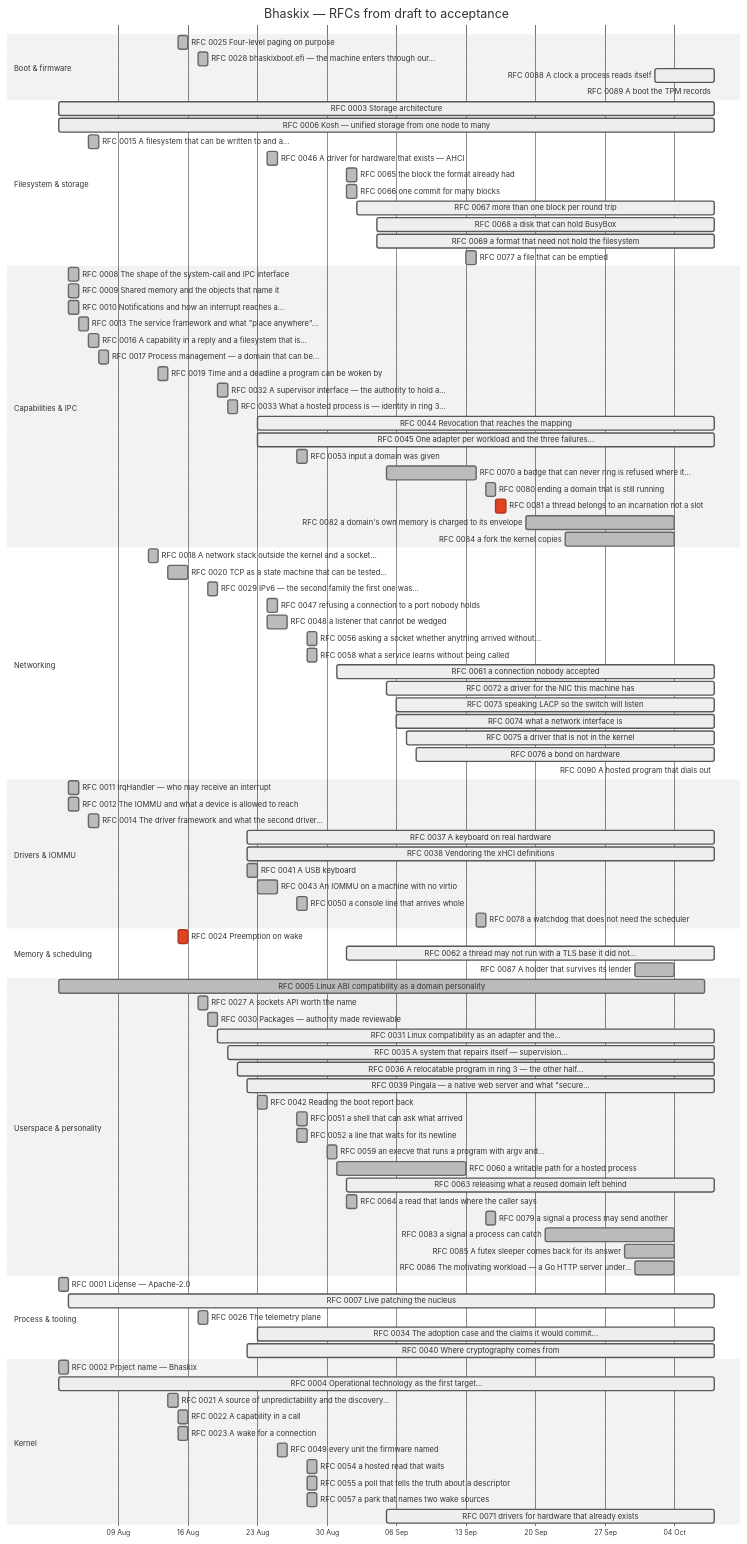
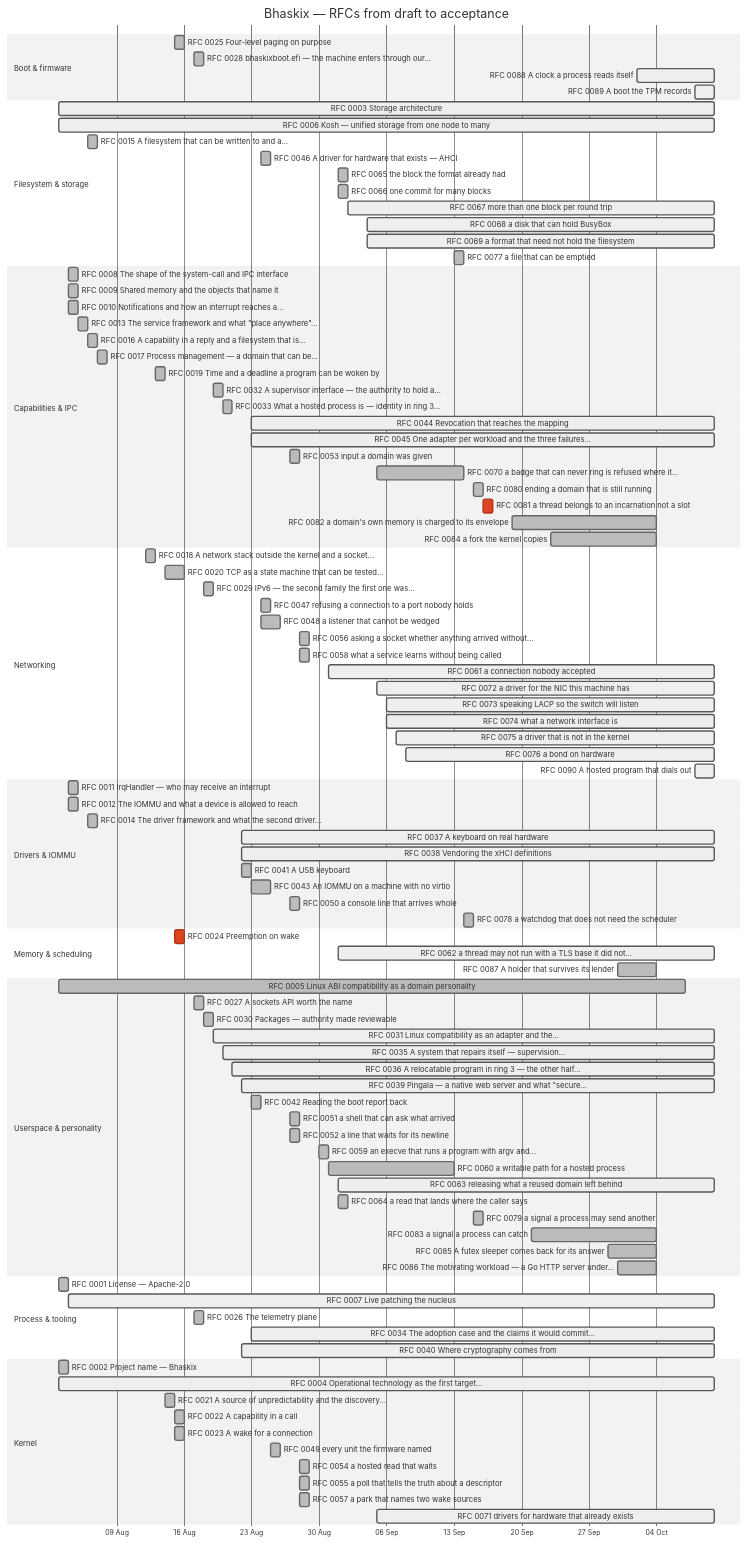
Before and after one commit to bhaskix/bhaskix: the diagram in docs/progress.md, drawn with Mermaid (neutral theme). The commit also changed other lines of this file and 2 other files, not shown here.

Commit message:
docs: the SR550 reaches a shell through bhaskixboot
The fifth native boot of the SR550, after a full suite on a quiet host:
sixteen CPUs, WP, SMEP and SMAP live on all of them, copy-on-write
correct, the serial line routed, the i8042 keyboard found, and the
kernel shell -- the one this machine reaches under Limine too. The I/O
APIC row says honestly that this boot found the line live, so the
fix's masked branch was not exercised on hardware; it rests on the
fourth boot's "1 delivered" and the host test. linux proc failed for
the third time of three. The release notes move the no-shell row to
the closed table. The node was restored, health OK.

````diff
--- a/docs/progress.md
+++ b/docs/progress.md
@@ -30,18 +30,18 @@
     section Boot & firmware
     RFC 0025 Four-level paging on purpose :done, r0025, 2026-08-15, 2026-08-16
     RFC 0028 bhaskixboot.efi — the machine enters through our... :done, r0028, 2026-08-17, 2026-08-18
-    RFC 0088 A clock a process reads itself :active, r0088, 2026-10-02, 2026-10-08
-    RFC 0089 A boot the TPM records :active, r0089, 2026-10-08, 2026-10-08
+    RFC 0088 A clock a process reads itself :active, r0088, 2026-10-02, 2026-10-10
+    RFC 0089 A boot the TPM records :active, r0089, 2026-10-08, 2026-10-10
     section Filesystem & storage
-    RFC 0003 Storage architecture :active, r0003, 2026-08-03, 2026-10-08
-    RFC 0006 Kosh — unified storage from one node to many :active, r0006, 2026-08-03, 2026-10-08
+    RFC 0003 Storage architecture :active, r0003, 2026-08-03, 2026-10-10
+    RFC 0006 Kosh — unified storage from one node to many :active, r0006, 2026-08-03, 2026-10-10
     RFC 0015 A filesystem that can be written to and a... :done, r0015, 2026-08-06, 1d
     RFC 0046 A driver for hardware that exists — AHCI :done, r0046, 2026-08-24, 1d
     RFC 0065 the block the format already had :done, r0065, 2026-09-01, 1d
     RFC 0066 one commit for many blocks :done, r0066, 2026-09-01, 1d
-    RFC 0067 more than one block per round trip :active, r0067, 2026-09-02, 2026-10-08
-    RFC 0068 a disk that can hold BusyBox :active, r0068, 2026-09-04, 2026-10-08
-    RFC 0069 a format that need not hold the filesystem :active, r0069, 2026-09-04, 2026-10-08
+    RFC 0067 more than one block per round trip :active, r0067, 2026-09-02, 2026-10-10
+    RFC 0068 a disk that can hold BusyBox :active, r0068, 2026-09-04, 2026-10-10
+    RFC 0069 a format that need not hold the filesystem :active, r0069, 2026-09-04, 2026-10-10
     RFC 0077 a file that can be emptied :done, r0077, 2026-09-13, 1d
     section Capabilities & IPC
     RFC 0008 The shape of the system-call and IPC interface :done, r0008, 2026-08-04, 1d
@@ -53,8 +53,8 @@
     RFC 0019 Time and a deadline a program can be woken by :done, r0019, 2026-08-13, 2026-08-14
     RFC 0032 A supervisor interface — the authority to hold a... :done, r0032, 2026-08-19, 2026-08-20
     RFC 0033 What a hosted process is — identity in ring 3... :done, r0033, 2026-08-20, 1d
-    RFC 0044 Revocation that reaches the mapping :active, r0044, 2026-08-23, 2026-10-08
-    RFC 0045 One adapter per workload and the three failures... :active, r0045, 2026-08-23, 2026-10-08
+    RFC 0044 Revocation that reaches the mapping :active, r0044, 2026-08-23, 2026-10-10
+    RFC 0045 One adapter per workload and the three failures... :active, r0045, 2026-08-23, 2026-10-10
     RFC 0053 input a domain was given :done, r0053, 2026-08-27, 1d
     RFC 0070 a badge that can never ring is refused where it... :done, r0070, 2026-09-05, 2026-09-14
     RFC 0080 ending a domain that is still running :done, r0080, 2026-09-15, 1d
@@ -69,41 +69,41 @@
     RFC 0048 a listener that cannot be wedged :done, r0048, 2026-08-24, 2026-08-26
     RFC 0056 asking a socket whether anything arrived without... :done, r0056, 2026-08-28, 1d
     RFC 0058 what a service learns without being called :done, r0058, 2026-08-28, 1d
-    RFC 0061 a connection nobody accepted :active, r0061, 2026-08-31, 2026-10-08
-    RFC 0072 a driver for the NIC this machine has :active, r0072, 2026-09-05, 2026-10-08
-    RFC 0073 speaking LACP so the switch will listen :active, r0073, 2026-09-06, 2026-10-08
-    RFC 0074 what a network interface is :active, r0074, 2026-09-06, 2026-10-08
-    RFC 0075 a driver that is not in the kernel :active, r0075, 2026-09-07, 2026-10-08
-    RFC 0076 a bond on hardware :active, r0076, 2026-09-08, 2026-10-08
-    RFC 0090 A hosted program that dials out :active, r0090, 2026-10-08, 2026-10-08
+    RFC 0061 a connection nobody accepted :active, r0061, 2026-08-31, 2026-10-10
+    RFC 0072 a driver for the NIC this machine has :active, r0072, 2026-09-05, 2026-10-10
+    RFC 0073 speaking LACP so the switch will listen :active, r0073, 2026-09-06, 2026-10-10
+    RFC 0074 what a network interface is :active, r0074, 2026-09-06, 2026-10-10
+    RFC 0075 a driver that is not in the kernel :active, r0075, 2026-09-07, 2026-10-10
+    RFC 0076 a bond on hardware :active, r0076, 2026-09-08, 2026-10-10
+    RFC 0090 A hosted program that dials out :active, r0090, 2026-10-08, 2026-10-10
     section Drivers & IOMMU
     RFC 0011 IrqHandler — who may receive an interrupt :done, r0011, 2026-08-04, 1d
     RFC 0012 The IOMMU and what a device is allowed to reach :done, r0012, 2026-08-04, 1d
     RFC 0014 The driver framework and what the second driver... :done, r0014, 2026-08-06, 1d
-    RFC 0037 A keyboard on real hardware :active, r0037, 2026-08-22, 2026-10-08
-    RFC 0038 Vendoring the xHCI definitions :active, r0038, 2026-08-22, 2026-10-08
+    RFC 0037 A keyboard on real hardware :active, r0037, 2026-08-22, 2026-10-10
+    RFC 0038 Vendoring the xHCI definitions :active, r0038, 2026-08-22, 2026-10-10
     RFC 0041 A USB keyboard :done, r0041, 2026-08-22, 2026-08-23
     RFC 0043 An IOMMU on a machine with no virtio :done, r0043, 2026-08-23, 2026-08-25
     RFC 0050 a console line that arrives whole :done, r0050, 2026-08-27, 1d
     RFC 0078 a watchdog that does not need the scheduler :done, r0078, 2026-09-14, 2026-09-15
     section Memory & scheduling
     RFC 0024 Preemption on wake :crit, r0024, 2026-08-15, 1d
-    RFC 0062 a thread may not run with a TLS base it did not... :active, r0062, 2026-09-01, 2026-10-08
+    RFC 0062 a thread may not run with a TLS base it did not... :active, r0062, 2026-09-01, 2026-10-10
     RFC 0087 A holder that survives its lender :done, r0087, 2026-09-30, 2026-10-04
     section Userspace & personality
     RFC 0005 Linux ABI compatibility as a domain personality :done, r0005, 2026-08-03, 2026-10-07
     RFC 0027 A sockets API worth the name :done, r0027, 2026-08-17, 1d
     RFC 0030 Packages — authority made reviewable :done, r0030, 2026-08-18, 2026-08-19
-    RFC 0031 Linux compatibility as an adapter and the... :active, r0031, 2026-08-19, 2026-10-08
-    RFC 0035 A system that repairs itself — supervision... :active, r0035, 2026-08-20, 2026-10-08
-    RFC 0036 A relocatable program in ring 3 — the other half... :active, r0036, 2026-08-21, 2026-10-08
-    RFC 0039 Pingala — a native web server and what "secure... :active, r0039, 2026-08-22, 2026-10-08
+    RFC 0031 Linux compatibility as an adapter and the... :active, r0031, 2026-08-19, 2026-10-10
+    RFC 0035 A system that repairs itself — supervision... :active, r0035, 2026-08-20, 2026-10-10
+    RFC 0036 A relocatable program in ring 3 — the other half... :active, r0036, 2026-08-21, 2026-10-10
+    RFC 0039 Pingala — a native web server and what "secure... :active, r0039, 2026-08-22, 2026-10-10
     RFC 0042 Reading the boot report back :done, r0042, 2026-08-23, 1d
     RFC 0051 a shell that can ask what arrived :done, r0051, 2026-08-27, 1d
     RFC 0052 a line that waits for its newline :done, r0052, 2026-08-27, 1d
     RFC 0059 an execve that runs a program with argv and... :done, r0059, 2026-08-30, 1d
     RFC 0060 a writable path for a hosted process :done, r0060, 2026-08-31, 2026-09-13
-    RFC 0063 releasing what a reused domain left behind :active, r0063, 2026-09-01, 2026-10-08
+    RFC 0063 releasing what a reused domain left behind :active, r0063, 2026-09-01, 2026-10-10
     RFC 0064 a read that lands where the caller says :done, r0064, 2026-09-01, 1d
     RFC 0079 a signal a process may send another :done, r0079, 2026-09-15, 1d
     RFC 0083 a signal a process can catch :done, r0083, 2026-09-21, 2026-10-04
@@ -111,13 +111,13 @@
     RFC 0086 The motivating workload — a Go HTTP server under... :done, r0086, 2026-09-30, 2026-10-04
     section Process & tooling
     RFC 0001 License — Apache-2.0 :done, r0001, 2026-08-03, 1d
-    RFC 0007 Live patching the nucleus :active, r0007, 2026-08-04, 2026-10-08
+    RFC 0007 Live patching the nucleus :active, r0007, 2026-08-04, 2026-10-10
     RFC 0026 The telemetry plane :done, r0026, 2026-08-17, 1d
-    RFC 0034 The adoption case and the claims it would commit... :active, r0034, 2026-08-23, 2026-10-08
-    RFC 0040 Where cryptography comes from :active, r0040, 2026-08-22, 2026-10-08
+    RFC 0034 The adoption case and the claims it would commit... :active, r0034, 2026-08-23, 2026-10-10
+    RFC 0040 Where cryptography comes from :active, r0040, 2026-08-22, 2026-10-10
     section Kernel
     RFC 0002 Project name — Bhaskix :done, r0002, 2026-08-03, 1d
-    RFC 0004 Operational technology as the first target... :active, r0004, 2026-08-03, 2026-10-08
+    RFC 0004 Operational technology as the first target... :active, r0004, 2026-08-03, 2026-10-10
     RFC 0021 A source of unpredictability and the discovery... :done, r0021, 2026-08-14, 1d
     RFC 0022 A capability in a call :done, r0022, 2026-08-15, 2026-08-16
     RFC 0023 A wake for a connection :done, r0023, 2026-08-15, 2026-08-16
@@ -125,5 +125,5 @@
     RFC 0054 a hosted read that waits :done, r0054, 2026-08-28, 1d
     RFC 0055 a poll that tells the truth about a descriptor :done, r0055, 2026-08-28, 1d
     RFC 0057 a park that names two wake sources :done, r0057, 2026-08-28, 1d
-    RFC 0071 drivers for hardware that already exists :active, r0071, 2026-09-05, 2026-10-08
+    RFC 0071 drivers for hardware that already exists :active, r0071, 2026-09-05, 2026-10-10
 ```
````
